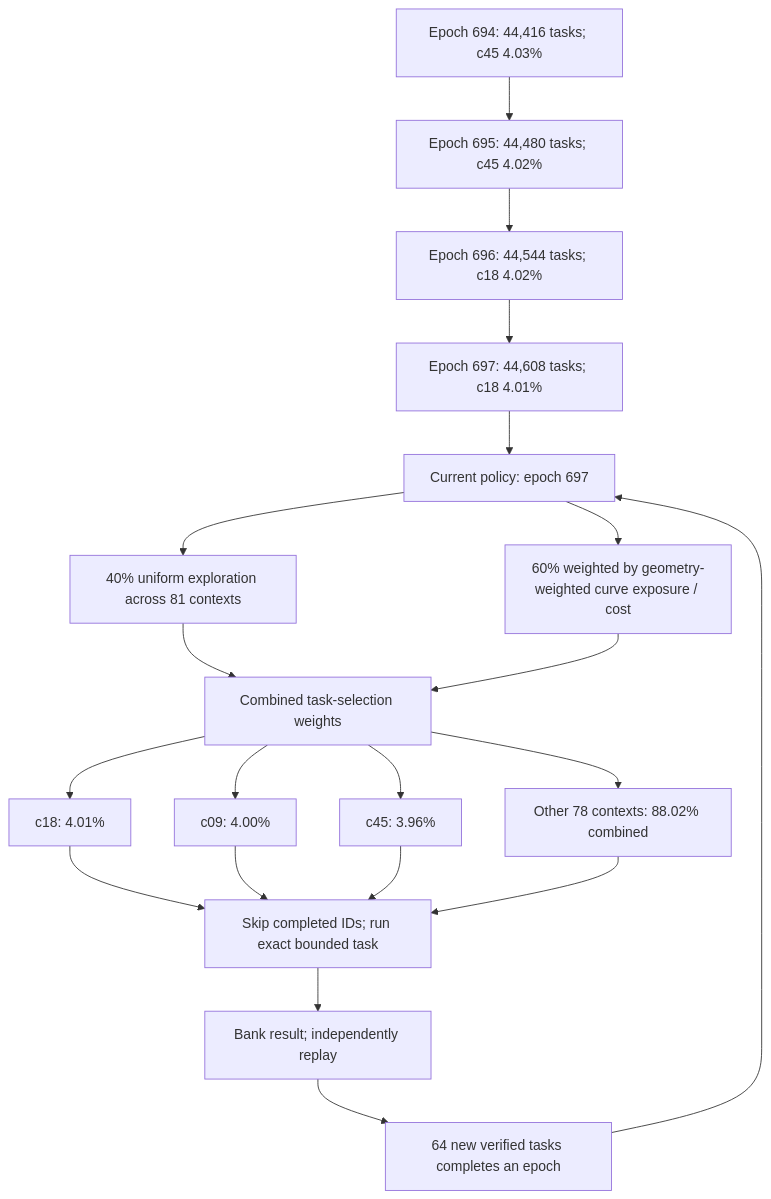
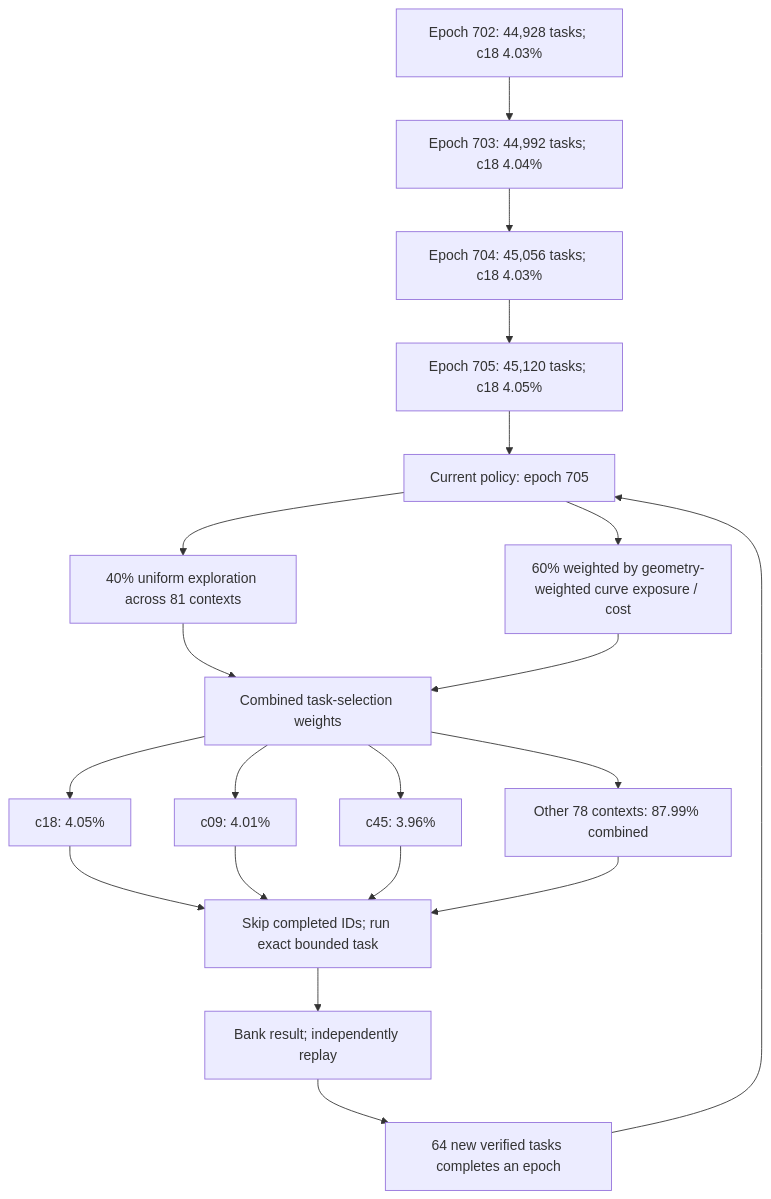
One commit to Kuberwastaken/math-gambling changed the first of 3 diagrams in README.md. Above: the diagram before and after it, drawn with Mermaid. The commit also changed other lines of this file and 1138 other files, not shown here.

````diff
--- a/README.md
+++ b/README.md
@@ -55,27 +55,27 @@
 ```mermaid
 flowchart TD
-    H0["Epoch 694: 44,416 tasks; c45 4.03%"]
-    H1["Epoch 695: 44,480 tasks; c45 4.02%"]
+    H0["Epoch 702: 44,928 tasks; c18 4.03%"]
+    H1["Epoch 703: 44,992 tasks; c18 4.04%"]
     H0 --> H1
-    H2["Epoch 696: 44,544 tasks; c18 4.02%"]
+    H2["Epoch 704: 45,056 tasks; c18 4.03%"]
     H1 --> H2
-    H3["Epoch 697: 44,608 tasks; c18 4.01%"]
+    H3["Epoch 705: 45,120 tasks; c18 4.05%"]
     H2 --> H3
-    Policy["Current policy: epoch 697"]
+    Policy["Current policy: epoch 705"]
     H3 --> Policy
     Policy --> Explore["40% uniform exploration across 81 contexts"]
     Policy --> Cost["60% weighted by geometry-weighted curve exposure / cost"]
     Explore --> Mix["Combined task-selection weights"]
     Cost --> Mix
-    Mix --> C0["c18: 4.01%"]
-    Mix --> C1["c09: 4.00%"]
+    Mix --> C0["c18: 4.05%"]
+    Mix --> C1["c09: 4.01%"]
     Mix --> C2["c45: 3.96%"]
-    Mix --> Rest["Other 78 contexts: 88.02% combined"]
+    Mix --> Rest["Other 78 contexts: 87.99% combined"]
     C0 --> Check["Skip completed IDs; run exact bounded task"]
     C1 --> Check
     C2 --> Check
     Rest --> Check
     Check --> Replay["Bank result; independently replay"]
     Replay --> Gate["64 new verified tasks completes an epoch"]
     Gate --> Policy
 ```
````
